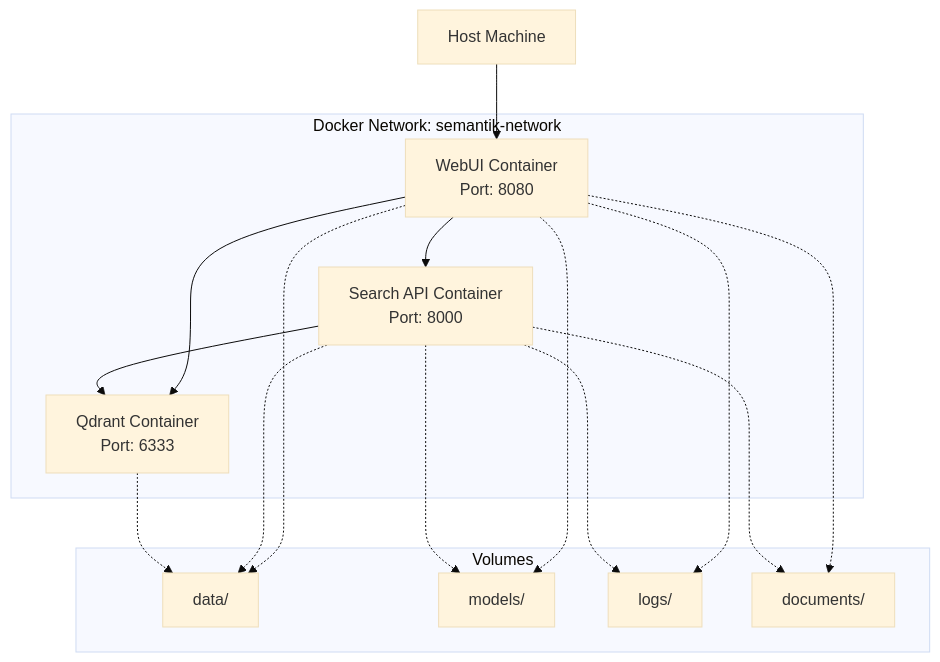
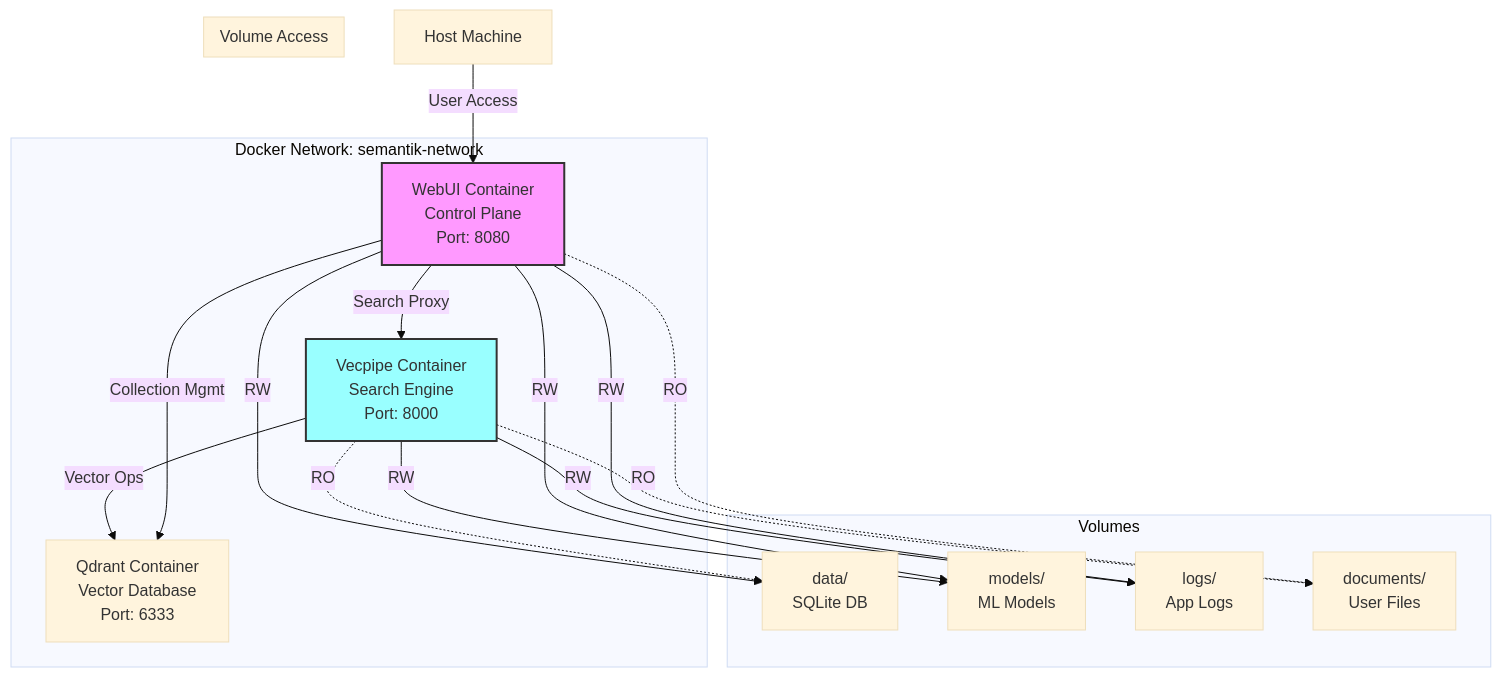
One commit to jbmiller10/semantik changed the diagram in docs/DOCKER.md. Above: the diagram before and after it, drawn with Mermaid (base theme). The commit also changed other lines of this file and 12 other files, not shown here.

````diff
--- a/docs/DOCKER.md
+++ b/docs/DOCKER.md
@@ -21,31 +21,35 @@
 ```mermaid
 graph TB
     subgraph "Docker Network: semantik-network"
-        A[Qdrant Container<br/>Port: 6333]
-        B[Search API Container<br/>Port: 8000]
-        C[WebUI Container<br/>Port: 8080]
+        A[Qdrant Container<br/>Vector Database<br/>Port: 6333]
+        B[Vecpipe Container<br/>Search Engine<br/>Port: 8000]
+        C[WebUI Container<br/>Control Plane<br/>Port: 8080]
         
-        C --> B
-        B --> A
-        C --> A
+        C -->|Search Proxy| B
+        B -->|Vector Ops| A
+        C -->|Collection Mgmt| A
     end
     
-    D[Host Machine] --> C
+    D[Host Machine] -->|User Access| C
     
     subgraph "Volumes"
-        E[data/]
-        F[models/]
-        G[logs/]
-        H[documents/]
+        E[data/<br/>SQLite DB]
+        F[models/<br/>ML Models]
+        G[logs/<br/>App Logs]
+        H[documents/<br/>User Files]
     end
     
-    A -.-> E
-    B -.-> E
-    B -.-> F
-    B -.-> G
-    C -.-> E
-    C -.-> F
-    C -.-> G
-    B -.-> H
-    C -.-> H
+    subgraph "Volume Access"
+        C -->|RW| E
+        B -.->|RO| E
+        B -->|RW| F
+        C -->|RW| F
+        B -->|RW| G
+        C -->|RW| G
+        B -.->|RO| H
+        C -.->|RO| H
+    end
+    
+    style C fill:#f9f,stroke:#333,stroke-width:2px
+    style B fill:#9ff,stroke:#333,stroke-width:2px
 ```
````
